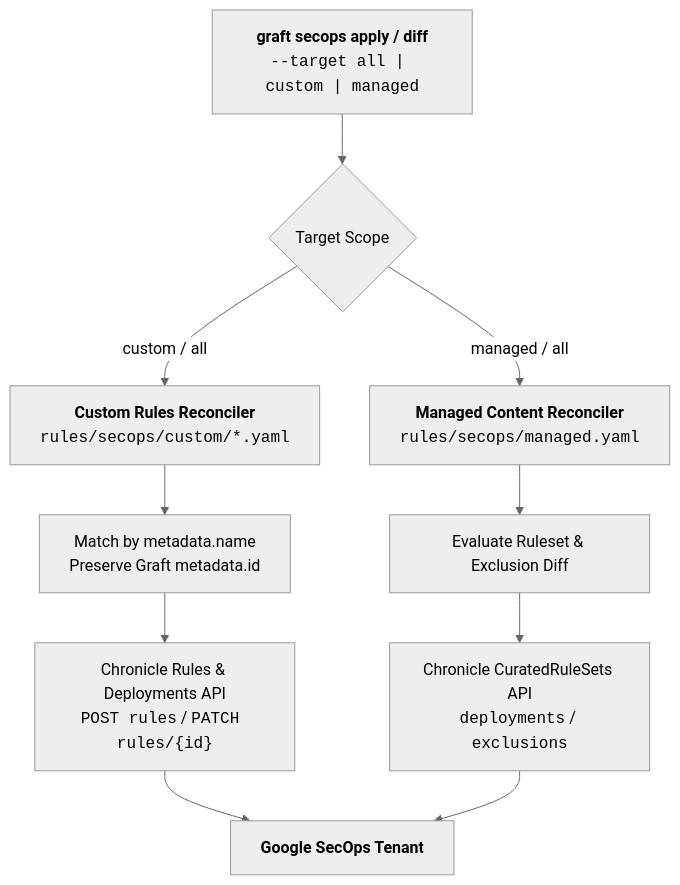
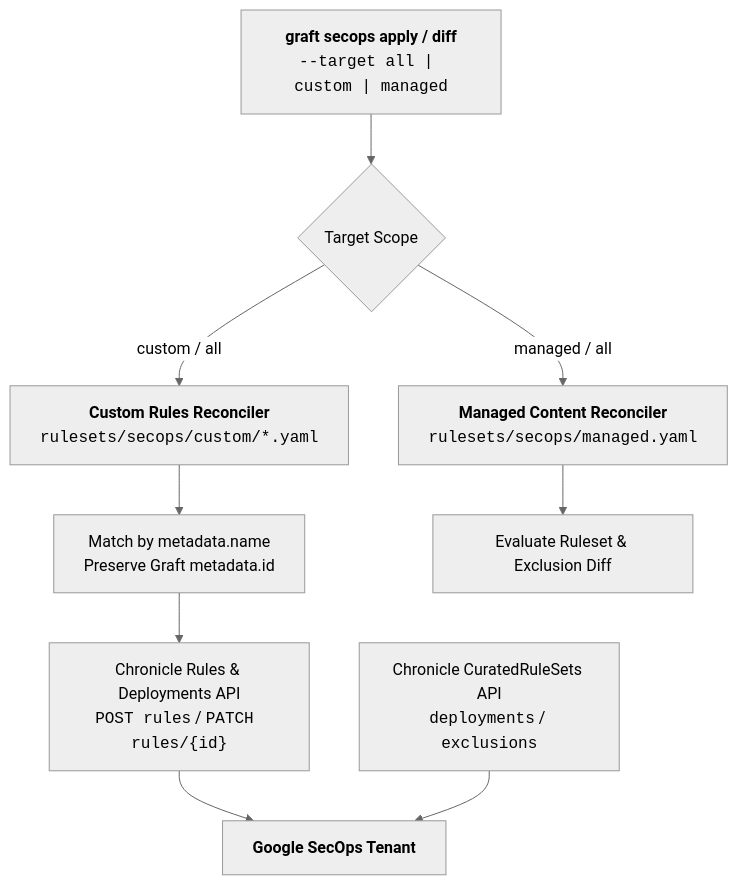
Before and after one commit to lopes/graft: the first of 2 diagrams in docs/operators/gitops_reconciliation.md, drawn with Mermaid (neutral theme). The commit also changed other lines of this file and 15 other files, not shown here.

````diff
--- a/docs/operators/gitops_reconciliation.md
+++ b/docs/operators/gitops_reconciliation.md
@@ -11,19 +11,19 @@
 ```mermaid
 flowchart TD
     CLI["<b>graft secops apply / diff</b><br/><code>--target all | custom | managed</code>"]
     TARGET{"Target Scope"}
 
     CLI --> TARGET
 
-    TARGET -- "custom / all" --> CUSTOM_FLOW["<b>Custom Rules Reconciler</b><br/><code>rules/secops/custom/*.yaml</code>"]
-    TARGET -- "managed / all" --> MANAGED_FLOW["<b>Managed Content Reconciler</b><br/><code>rules/secops/managed.yaml</code>"]
+    TARGET -- "custom / all" --> CUSTOM_FLOW["<b>Custom Rules Reconciler</b><br/><code>rulesets/secops/custom/*.yaml</code>"]
+    TARGET -- "managed / all" --> MANAGED_FLOW["<b>Managed Content Reconciler</b><br/><code>rulesets/secops/managed.yaml</code>"]
 
     CUSTOM_FLOW --> MATCH["Match by metadata.name<br/>Preserve Graft metadata.id"]
     MATCH --> CUSTOM_API["Chronicle Rules & Deployments API<br/><code>POST rules</code> / <code>PATCH rules/{id}</code>"]
 
     MANAGED_FLOW --> MAN_DIFF["Evaluate Ruleset & Exclusion Diff"]
-    MAN_DIFF --> MANAGED_API["Chronicle CuratedRuleSets API<br/><code>deployments</code> / <code>exclusions</code>"]
+    MANAGED_API["Chronicle CuratedRuleSets API<br/><code>deployments</code> / <code>exclusions</code>"]
 
     CUSTOM_API --> TENANT["<b>Google SecOps Tenant</b>"]
     MANAGED_API --> TENANT
 ```
````
